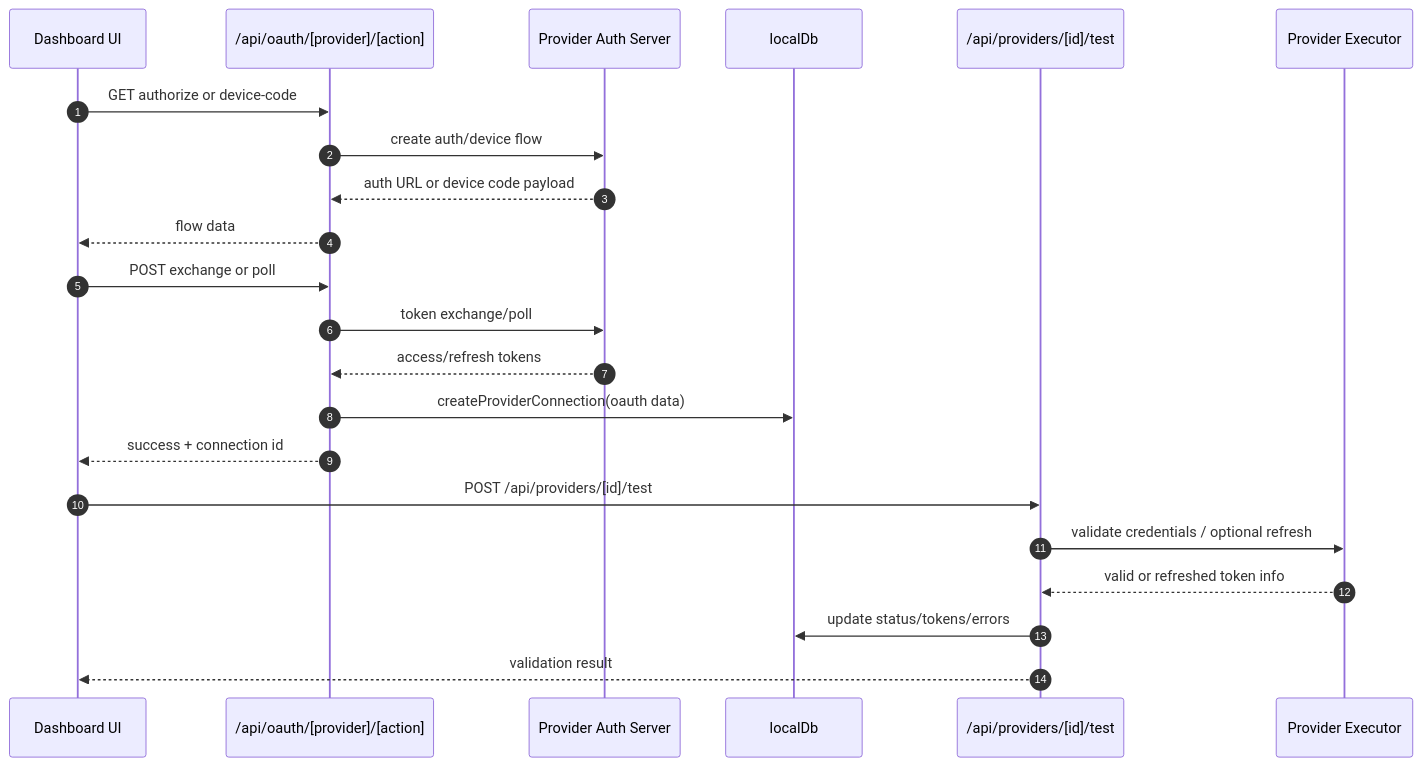
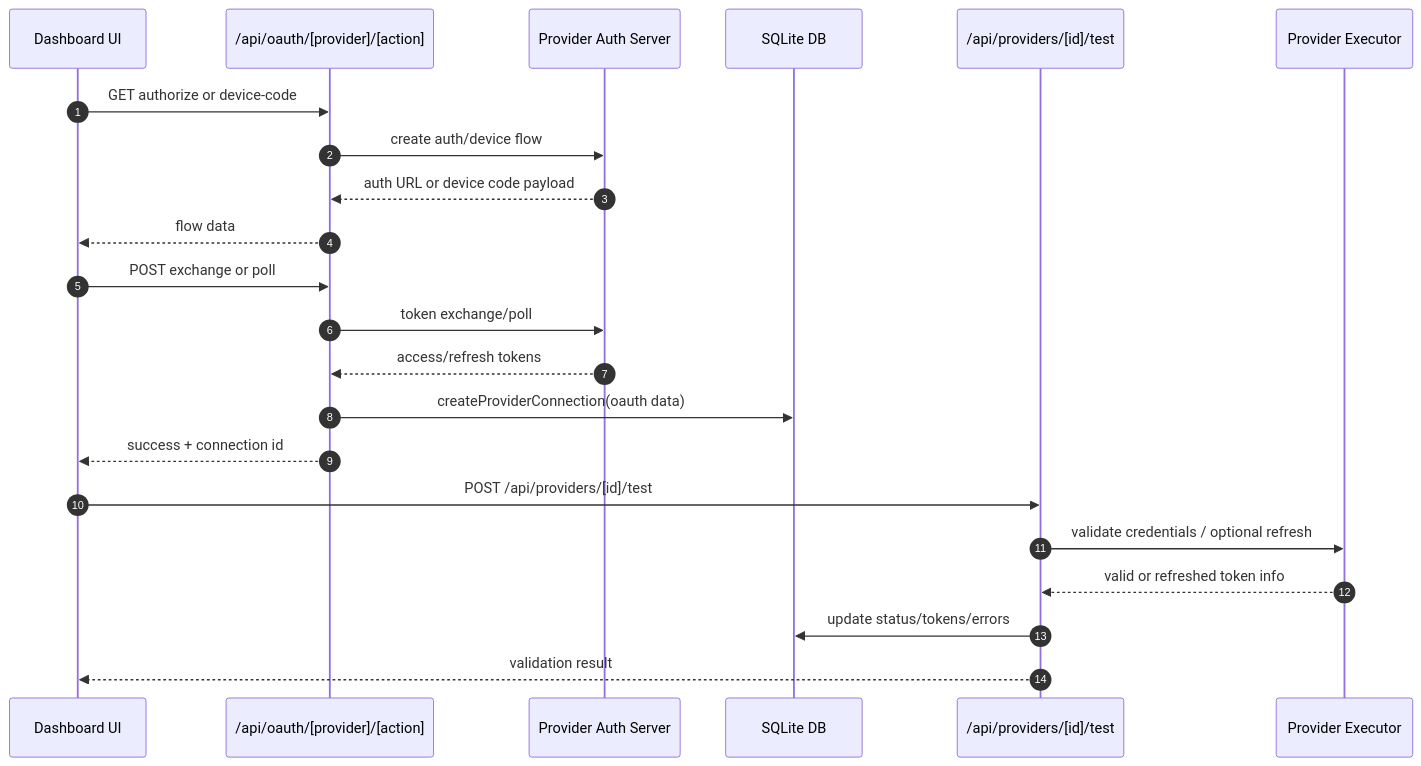
One commit to NatrocTeam/mairouter changed the fourth of 7 diagrams in docs/ARCHITECTURE.md. Above: the diagram before and after it, drawn with Mermaid. The commit also changed other lines of this file and 31 other files, not shown here.

````diff
--- a/docs/ARCHITECTURE.md
+++ b/docs/ARCHITECTURE.md
@@ -244,27 +282,27 @@
 ```mermaid
 sequenceDiagram
     autonumber
     participant UI as Dashboard UI
     participant OAuth as /api/oauth/[provider]/[action]
     participant ProvAuth as Provider Auth Server
-    participant DB as localDb
+    participant DB as SQLite DB
     participant Test as /api/providers/[id]/test
     participant Exec as Provider Executor
 
     UI->>OAuth: GET authorize or device-code
     OAuth->>ProvAuth: create auth/device flow
     ProvAuth-->>OAuth: auth URL or device code payload
     OAuth-->>UI: flow data
 
     UI->>OAuth: POST exchange or poll
     OAuth->>ProvAuth: token exchange/poll
     ProvAuth-->>OAuth: access/refresh tokens
     OAuth->>DB: createProviderConnection(oauth data)
     OAuth-->>UI: success + connection id
 
     UI->>Test: POST /api/providers/[id]/test
     Test->>Exec: validate credentials / optional refresh
     Exec-->>Test: valid or refreshed token info
     Test->>DB: update status/tokens/errors
     Test-->>UI: validation result
 ```
````
